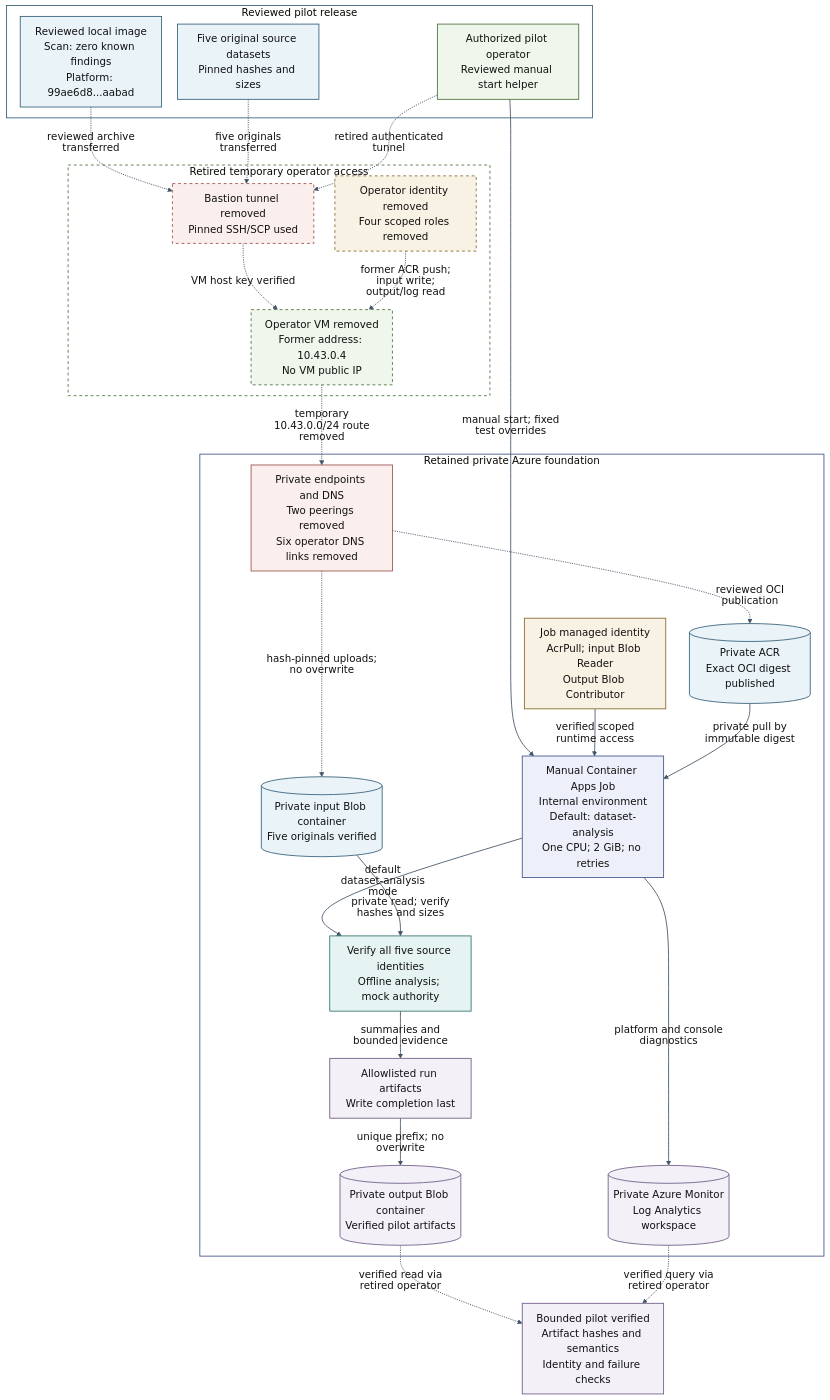
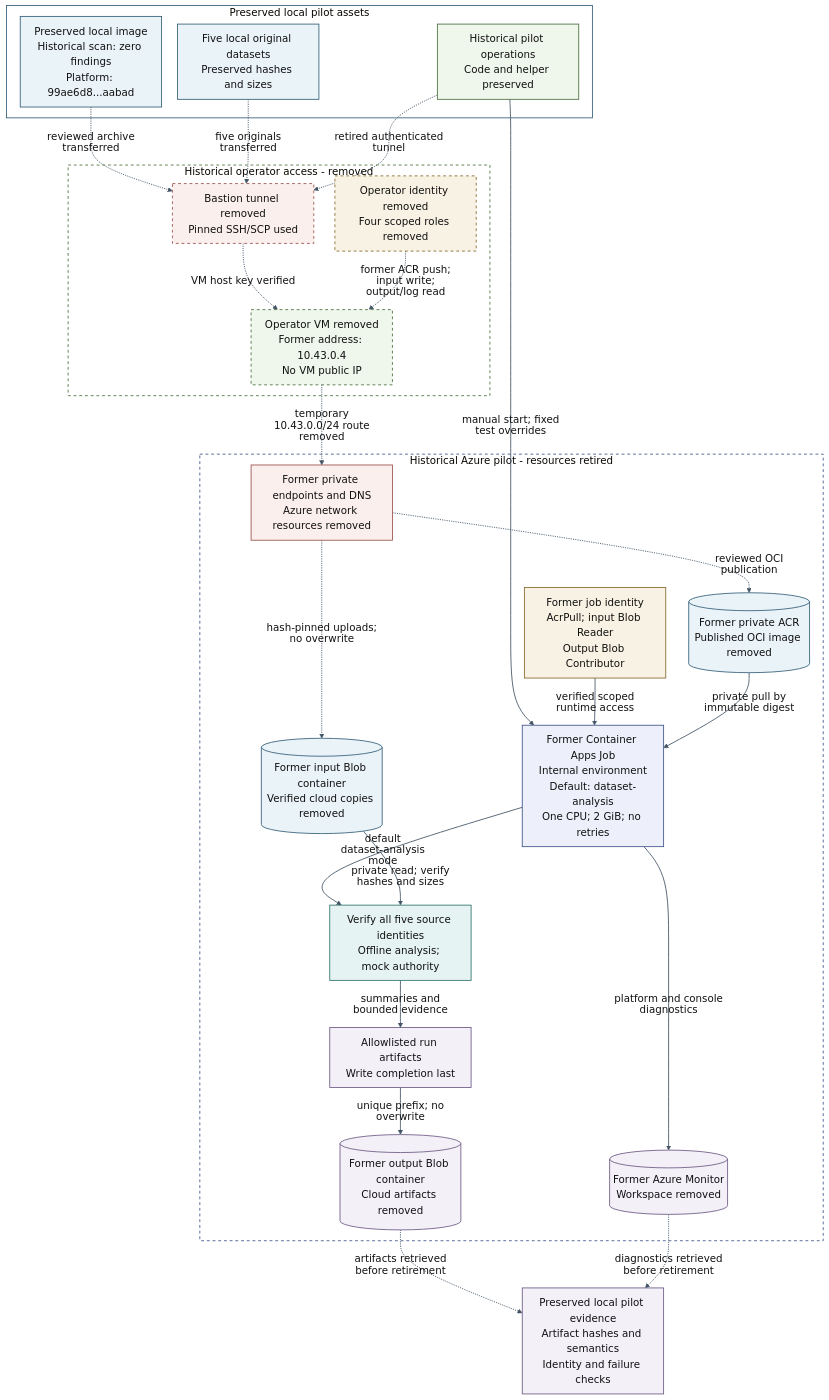
The diagram in docs/diagrams/04-azure-job.mmd (Douglas-Moore-Engineering/ai-command-gateway), drawn with Mermaid before and after one commit. The commit also changed 25 other files, not shown here.

Commit message:
Retire Azure resources and preserve subscription

```diff
--- a/docs/diagrams/04-azure-job.mmd
+++ b/docs/diagrams/04-azure-job.mmd
@@ -1,70 +1,71 @@
-%% ARCH-004 v0.3. Bounded pilot verified; temporary operator access retired after cleanup.
-%% Solid paths show retained pilot architecture; dashed paths show retired temporary access.
+%% ARCH-004 v0.4. Historical verified pilot; all deployed Azure resources retired.
+%% Subscription and local code, originals, image and evidence are preserved.
+%% Solid paths show historical runtime; dashed paths show historical transfer/access.
 %% Reviewed platform digest: sha256:99ae6d8dd7962dfc517a09cce6f46b979af78fd0f5c149bf01e0132b4a2aabad
 %%{init: {"theme":"base","look":"classic","themeVariables":{"fontFamily":"Arial, sans-serif","fontSize":"18px","primaryTextColor":"#111111","lineColor":"#425466","background":"transparent","edgeLabelBackground":"transparent","clusterBkg":"transparent"},"flowchart":{"htmlLabels":false,"curve":"basis","nodeSpacing":28,"rankSpacing":38,"padding":12},"themeCSS":"text { font-family:Arial,sans-serif !important; } .cluster-label text { font-size:16px !important; font-weight:600; }"}}%%
 flowchart TB
-  subgraph local["Reviewed pilot release"]
-    image["Reviewed local image<br/>Scan: zero known findings<br/>Platform: 99ae6d8...aabad"]
-    datasets["Five original source datasets<br/>Pinned hashes and sizes"]
-    operator["Authorized pilot operator<br/>Reviewed manual start helper"]
+  subgraph local["Preserved local pilot assets"]
+    image["Preserved local image<br/>Historical scan: zero findings<br/>Platform: 99ae6d8...aabad"]
+    datasets["Five local original datasets<br/>Preserved hashes and sizes"]
+    operator["Historical pilot operations<br/>Code and helper preserved"]
   end
 
-  subgraph access["Retired temporary operator access"]
+  subgraph access["Historical operator access - removed"]
     bastion["Bastion tunnel removed<br/>Pinned SSH/SCP used"]
     vm["Operator VM removed<br/>Former address: 10.43.0.4<br/>No VM public IP"]
     operatorIdentity["Operator identity removed<br/>Four scoped roles removed"]
   end
 
-  subgraph azure["Retained private Azure foundation"]
-    network["Private endpoints and DNS<br/>Two peerings removed<br/>Six operator DNS links removed"]
-    registry[("Private ACR<br/>Exact OCI digest published")]
-    inputs[("Private input Blob container<br/>Five originals verified")]
-    identity["Job managed identity<br/>AcrPull; input Blob Reader<br/>Output Blob Contributor"]
-    job["Manual Container Apps Job<br/>Internal environment<br/>Default: dataset-analysis<br/>One CPU; 2 GiB; no retries"]
+  subgraph azure["Historical Azure pilot - resources retired"]
+    network["Former private endpoints and DNS<br/>Azure network resources removed"]
+    registry[("Former private ACR<br/>Published OCI image removed")]
+    inputs[("Former input Blob container<br/>Verified cloud copies removed")]
+    identity["Former job identity<br/>AcrPull; input Blob Reader<br/>Output Blob Contributor"]
+    job["Former Container Apps Job<br/>Internal environment<br/>Default: dataset-analysis<br/>One CPU; 2 GiB; no retries"]
     verify["Verify all five source identities<br/>Offline analysis; mock authority"]
     publish["Allowlisted run artifacts<br/>Write completion last"]
-    outputs[("Private output Blob container<br/>Verified pilot artifacts")]
-    monitor[("Private Azure Monitor<br/>Log Analytics workspace")]
+    outputs[("Former output Blob container<br/>Cloud artifacts removed")]
+    monitor[("Former Azure Monitor<br/>Workspace removed")]
   end
-  validation["Bounded pilot verified<br/>Artifact hashes and semantics<br/>Identity and failure checks"]
+  validation["Preserved local pilot evidence<br/>Artifact hashes and semantics<br/>Identity and failure checks"]
 
   image -.->|"reviewed archive transferred"| bastion
   datasets -.->|"five originals transferred"| bastion
   operator -.->|"retired authenticated tunnel"| bastion
   bastion -.->|"VM host key verified"| vm
   operatorIdentity -.->|"former ACR push; input write; output/log read"| vm
   vm -.->|"temporary 10.43.0.0/24 route removed"| network
   network -.->|"reviewed OCI publication"| registry
   network -.->|"hash-pinned uploads; no overwrite"| inputs
   operator -->|"manual start; fixed test overrides"| job
   identity -->|"verified scoped runtime access"| job
   registry -->|"private pull by immutable digest"| job
   job -->|"default dataset-analysis mode"| verify
   inputs -->|"private read; verify hashes and sizes"| verify
   verify -->|"summaries and bounded evidence"| publish
   publish -->|"unique prefix; no overwrite"| outputs
   job -->|"platform and console diagnostics"| monitor
-  outputs -.->|"verified read via retired operator"| validation
-  monitor -.->|"verified query via retired operator"| validation
+  outputs -.->|"artifacts retrieved before retirement"| validation
+  monitor -.->|"diagnostics retrieved before retirement"| validation
 
   classDef sourceRole fill:#EAF3F8,stroke:#356079,stroke-width:1.5px,color:#111111
   classDef dataRole fill:#E5F4F2,stroke:#32746E,stroke-width:1.5px,color:#111111
   classDef analysisRole fill:#EDF0FA,stroke:#42558B,stroke-width:1.5px,color:#111111
   classDef policyRole fill:#F8F2E4,stroke:#876A2D,stroke-width:1.5px,color:#111111
   classDef humanRole fill:#EFF6EB,stroke:#4C713E,stroke-width:1.5px,color:#111111
   classDef evidenceRole fill:#F3F0F8,stroke:#6E5B85,stroke-width:1.5px,color:#111111
   classDef securityRole fill:#FBEFED,stroke:#9B534C,stroke-width:1.5px,color:#111111
   class image,datasets,registry,inputs sourceRole
   class verify dataRole
   class job analysisRole
   class identity,operatorIdentity policyRole
   class operator,vm humanRole
   class publish,outputs,monitor,validation evidenceRole
   class bastion,network securityRole
   style local fill:none,stroke:#356079,stroke-width:1.5px,color:#111111
   style access fill:none,stroke:#4C713E,stroke-width:1.5px,stroke-dasharray:5 5,color:#111111
-  style azure fill:none,stroke:#42558B,stroke-width:1.5px,color:#111111
+  style azure fill:none,stroke:#42558B,stroke-width:1.5px,stroke-dasharray:5 5,color:#111111
   style bastion stroke-dasharray:5 5
   style vm stroke-dasharray:5 5
   style operatorIdentity stroke-dasharray:5 5
   linkStyle default stroke:#425466,stroke-width:1.5px
```
